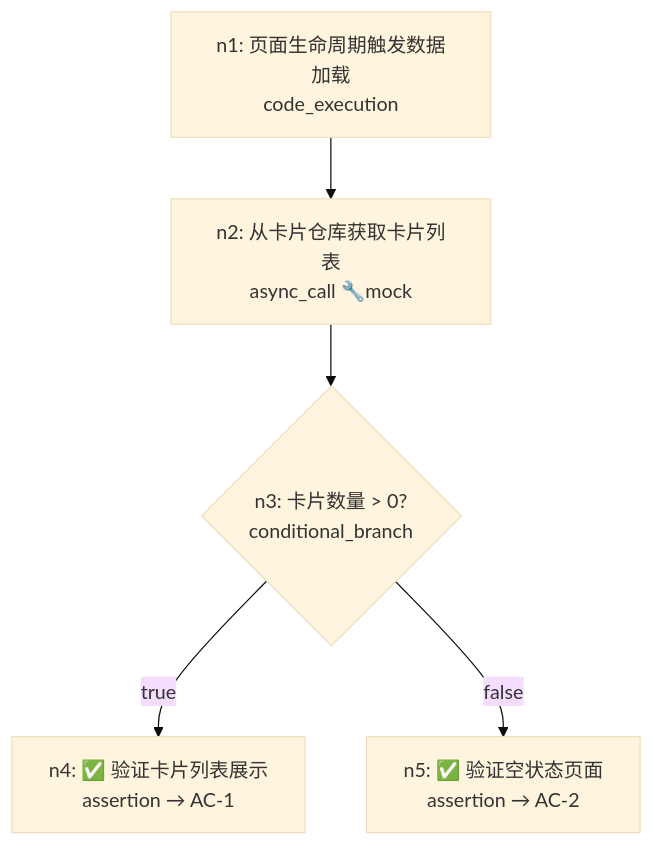
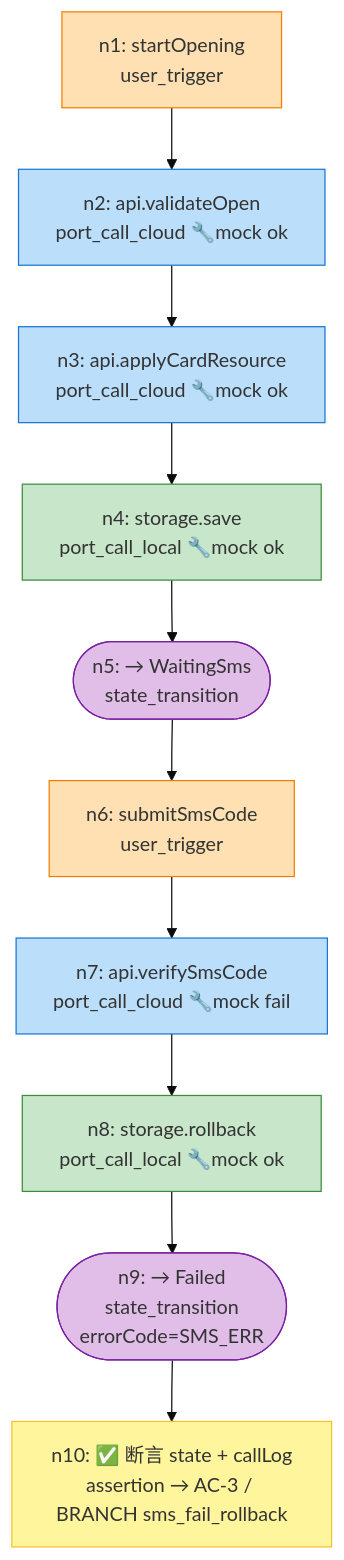
The diagram in framework/skills/5-business-ut/templates/dag-schema.md (sqsqsq/SimulatedWalletForHmos), drawn with Mermaid (base theme) before and after one commit. The commit also changed other lines of this file and 24 other files, not shown here.

````diff
--- a/framework/skills/5-business-ut/templates/dag-schema.md
+++ b/framework/skills/5-business-ut/templates/dag-schema.md
@@ -226,12 +305,21 @@
 ```mermaid
 flowchart TD
-    n1[n1: 页面生命周期触发数据加载<br/>code_execution]
-    n2[n2: 从卡片仓库获取卡片列表<br/>async_call 🔧mock]
-    n3{n3: 卡片数量 > 0?<br/>conditional_branch}
-    n4[n4: ✅ 验证卡片列表展示<br/>assertion → AC-1]
-    n5[n5: ✅ 验证空状态页面<br/>assertion → AC-2]
+    n1["n1: startOpening<br/>user_trigger"]:::trg
+    n2["n2: api.validateOpen<br/>port_call_cloud 🔧mock ok"]:::cloud
+    n3["n3: api.applyCardResource<br/>port_call_cloud 🔧mock ok"]:::cloud
+    n4["n4: storage.save<br/>port_call_local 🔧mock ok"]:::local
+    n5(["n5: → WaitingSms<br/>state_transition"]):::state
+    n6["n6: submitSmsCode<br/>user_trigger"]:::trg
+    n7["n7: api.verifySmsCode<br/>port_call_cloud 🔧mock fail"]:::cloud
+    n8["n8: storage.rollback<br/>port_call_local 🔧mock ok"]:::local
+    n9(["n9: → Failed<br/>state_transition<br/>errorCode=SMS_ERR"]):::state
+    n10["n10: ✅ 断言 state + callLog<br/>assertion → AC-3 / BRANCH sms_fail_rollback"]:::assert
 
-    n1 --> n2 --> n3
-    n3 -->|true| n4
-    n3 -->|false| n5
+    n1 --> n2 --> n3 --> n4 --> n5 --> n6 --> n7 --> n8 --> n9 --> n10
+
+    classDef trg   fill:#ffe0b2,stroke:#f57c00
+    classDef cloud fill:#bbdefb,stroke:#1976d2
+    classDef local fill:#c8e6c9,stroke:#388e3c
+    classDef state fill:#e1bee7,stroke:#7b1fa2
+    classDef assert fill:#fff59d,stroke:#fbc02d
 ```
````
